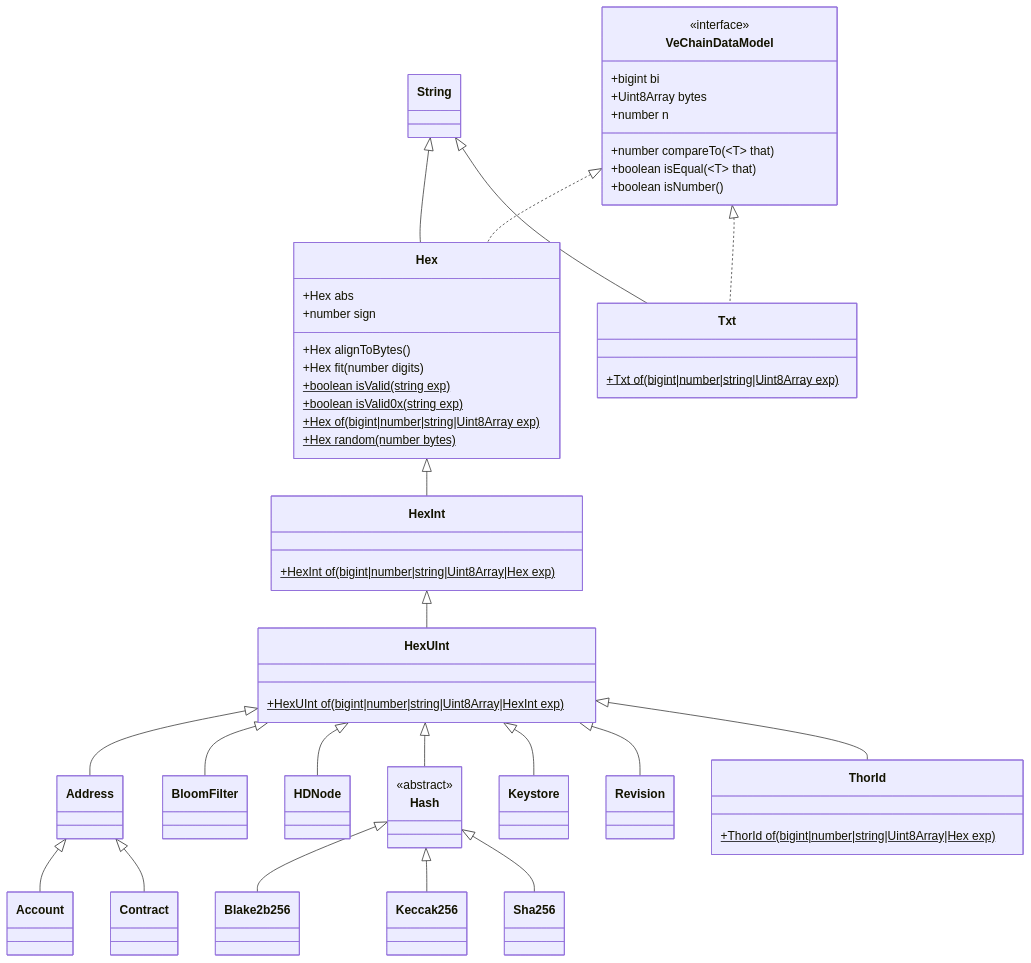
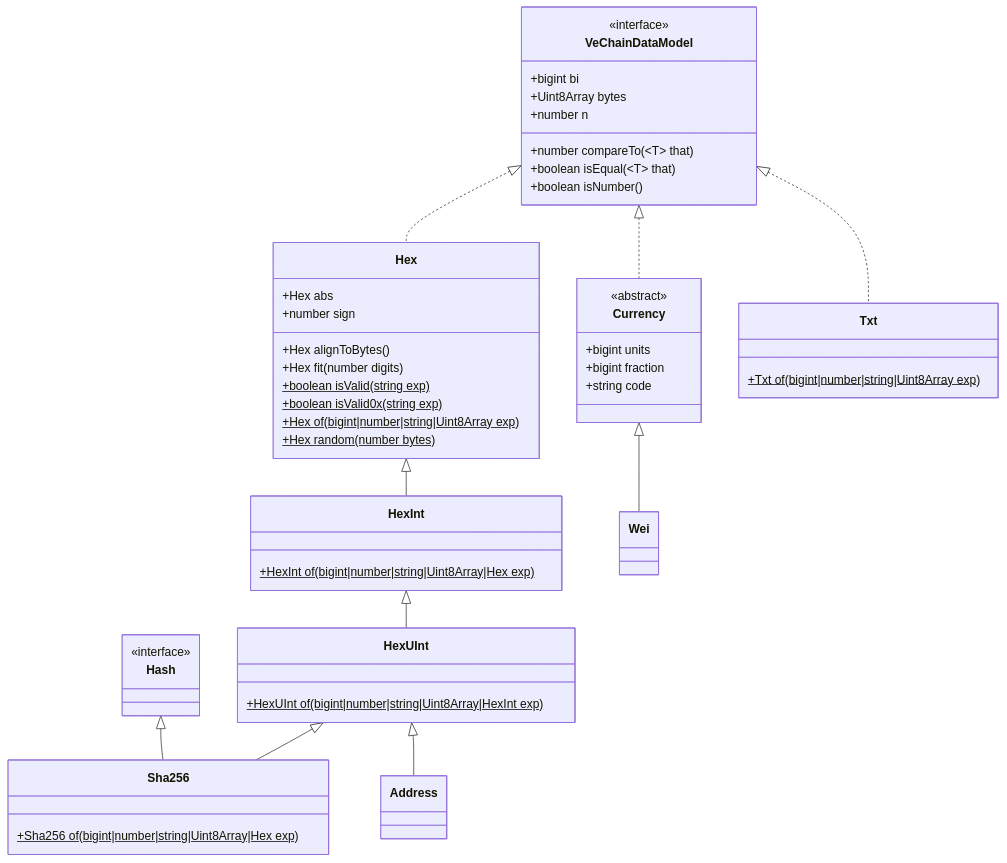
One commit to vechain/vechain-sdk-js changed the diagram in docs/diagrams/architecture/vcdm.md. Above: the diagram before and after it, drawn with Mermaid. The commit also changed 20 other files, not shown here.

````diff
--- a/docs/diagrams/architecture/vcdm.md
+++ b/docs/diagrams/architecture/vcdm.md
@@ -1,67 +1,54 @@
 ```mermaid
 classDiagram
-    class Account
     class Address
-    class Blake2b256
-    class BloomFilter
-    class Contract
-    class HDNode
+    class Currency {
+        <<abstract>>
+        +bigint units
+        +bigint fraction
+        +string code
+    }
     class Hash {
-        <<abstract>>
+        <<interface>>
     }
     class Hex {
         +Hex abs
         +number sign
         +Hex alignToBytes()
         +Hex fit(number digits)
         +boolean isValid(string exp)$
         +boolean isValid0x(string exp)$
         +Hex of(bigint|number|string|Uint8Array exp)$
         +Hex random(number bytes)$
     }
     class HexInt {
         +HexInt of(bigint|number|string|Uint8Array|Hex exp)$
     }
     class HexUInt {
         +HexUInt of(bigint|number|string|Uint8Array|HexInt exp)$
     }
-    class Keccak256 
-    class Keystore
-    class Revision
-    class Sha256
-    class String
-    class ThorId {
-        +ThorId of(bigint|number|string|Uint8Array|Hex exp)$
-    }
     class Txt {
         +Txt of(bigint|number|string|Uint8Array exp)$
     }
-    class String
+    class Sha256 {
+        +Sha256 of(bigint|number|string|Uint8Array|Hex exp)$
+    }
     class VeChainDataModel{
         <<interface>>
       +bigint bi
       +Uint8Array bytes
       +number n
       +number compareTo(~T~ that)
       +boolean isEqual(~T~ that)
       +boolean isNumber()
     }
-    Address <|-- Account
-    Address <|-- Contract
-    Hash <|-- Blake2b256
-    Hash <|-- Keccak256
+    class Wei
+    Currency <|-- Wei
     Hash <|-- Sha256
     Hex <|-- HexInt
+    HexInt <|-- HexUInt
+    HexUInt <|-- Sha256
     HexUInt <|-- Address
-    HexUInt <|-- BloomFilter
-    HexUInt <|-- HDNode
-    HexInt <|-- HexUInt
-    HexUInt <|-- Hash
-    HexUInt <|-- ThorId
-    HexUInt <|-- Keystore
-    HexUInt <|-- Revision
-    String <|-- Hex
-    String <|-- Txt
+    VeChainDataModel <|.. Currency
     VeChainDataModel <|.. Hex
     VeChainDataModel <|.. Txt
 ```
````
